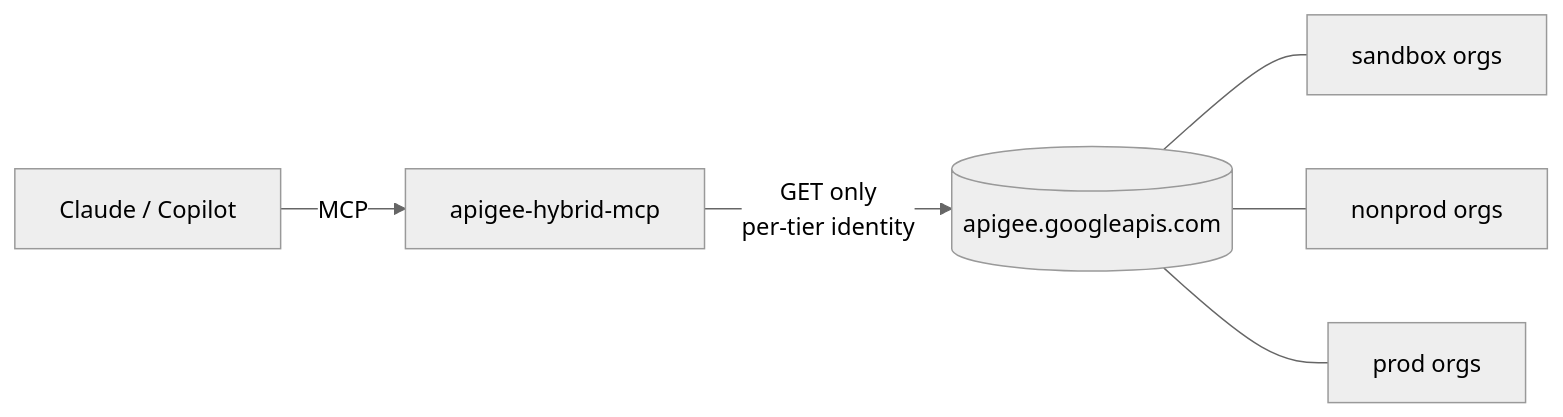
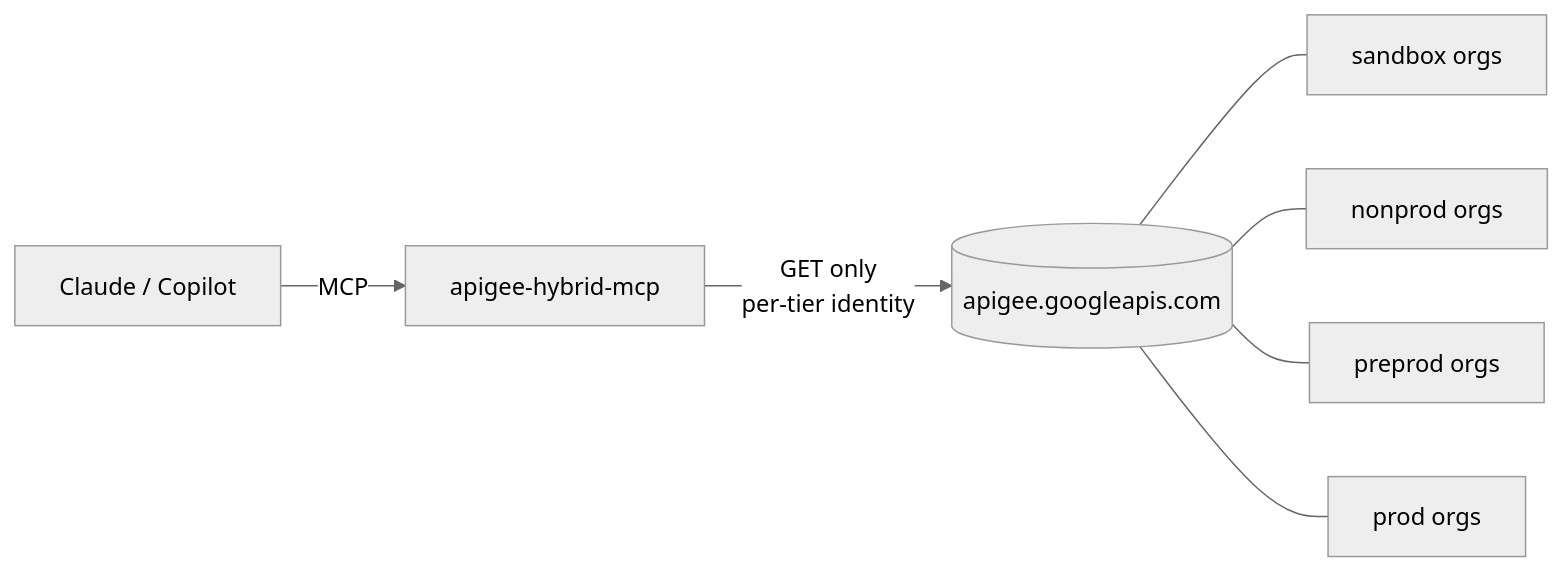
The diagram in README.md (mintrin/apigee-hybrid-readonly-mcp), drawn with Mermaid (neutral theme) before and after one commit. The commit also changed other lines of this file and 8 other files, not shown here.

````diff
--- a/README.md
+++ b/README.md
@@ -5,6 +5,6 @@
 ```mermaid
 flowchart LR
     C[Claude / Copilot] -- MCP --> S[apigee-hybrid-mcp]
     S -- "GET only<br/>per-tier identity" --> A[(apigee.googleapis.com)]
-    A --- O1[sandbox orgs] & O2[nonprod orgs] & O3[prod orgs]
+    A --- O1[sandbox orgs] & O2[nonprod orgs] & O4[preprod orgs] & O3[prod orgs]
 ```
````
